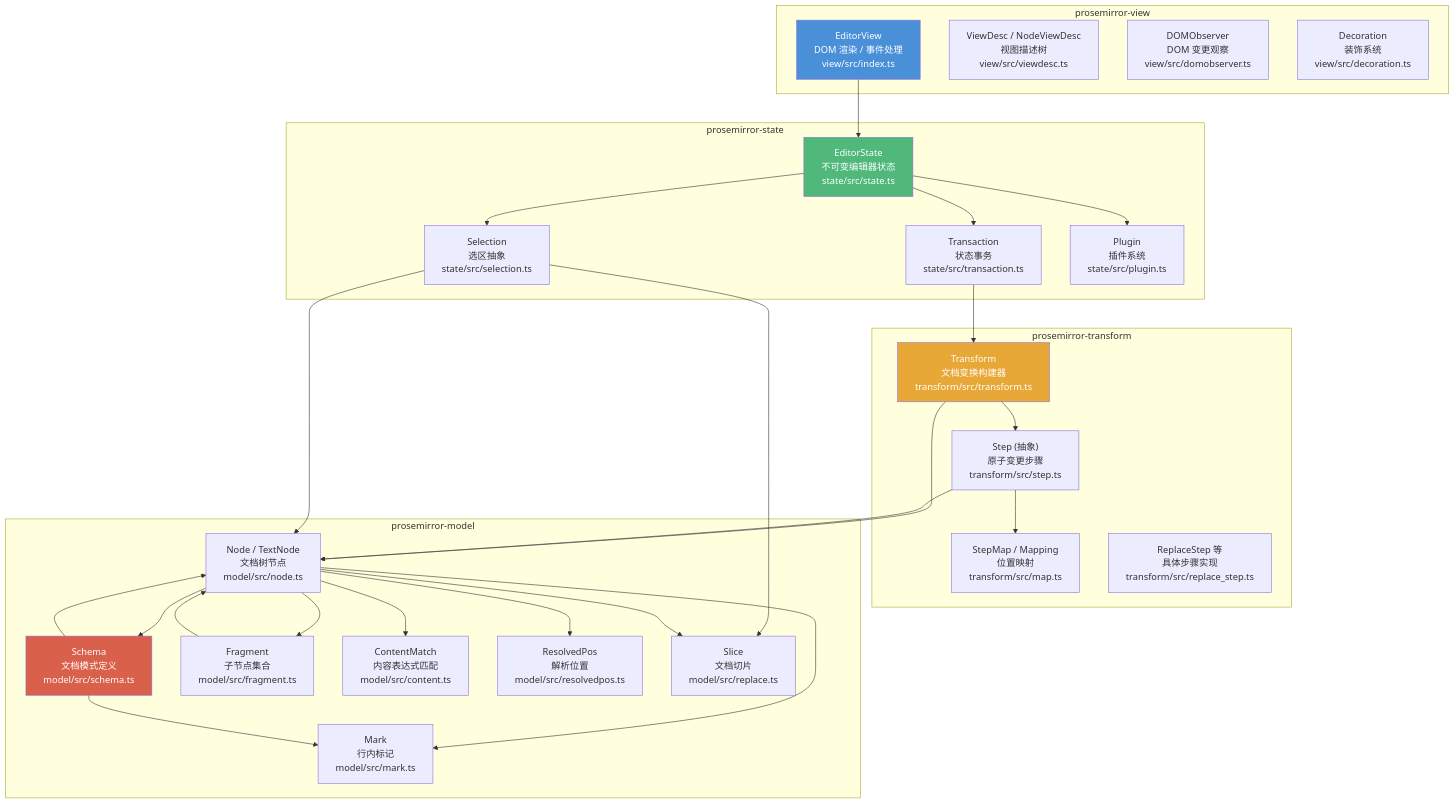
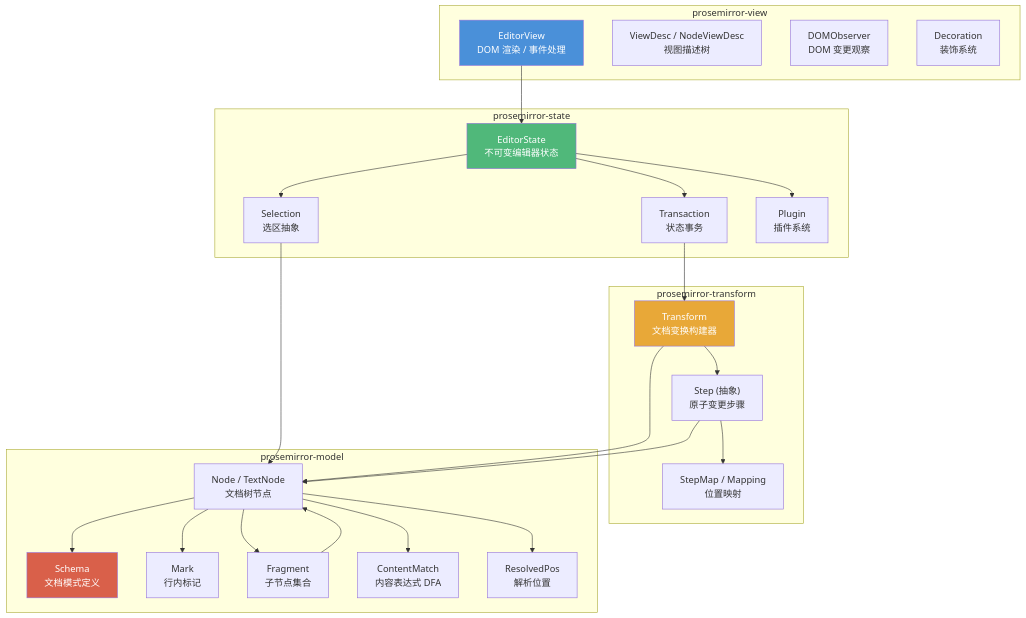
The second of 2 diagrams in README.md (Xiang1218-Yu/xyj-731-4), drawn with Mermaid before and after one commit. The commit also changed other lines of this file and 6 other files, not shown here.

````diff
--- a/README.md
+++ b/README.md
@@ -27,59 +170,53 @@
 ```mermaid
 graph TB
     subgraph "prosemirror-view"
-        EditorView["EditorView<br/>DOM 渲染 / 事件处理<br/>view/src/index.ts"]
-        ViewDesc["ViewDesc / NodeViewDesc<br/>视图描述树<br/>view/src/viewdesc.ts"]
-        DOMObserver["DOMObserver<br/>DOM 变更观察<br/>view/src/domobserver.ts"]
-        Decoration["Decoration<br/>装饰系统<br/>view/src/decoration.ts"]
+        EditorView["EditorView<br/>DOM 渲染 / 事件处理"]
+        ViewDesc["ViewDesc / NodeViewDesc<br/>视图描述树"]
+        DOMObserver["DOMObserver<br/>DOM 变更观察"]
+        Decoration["Decoration<br/>装饰系统"]
     end
 
     subgraph "prosemirror-state"
-        EditorState["EditorState<br/>不可变编辑器状态<br/>state/src/state.ts"]
-        Transaction["Transaction<br/>状态事务<br/>state/src/transaction.ts"]
-        Selection["Selection<br/>选区抽象<br/>state/src/selection.ts"]
-        Plugin["Plugin<br/>插件系统<br/>state/src/plugin.ts"]
+        EditorState["EditorState<br/>不可变编辑器状态"]
+        Transaction["Transaction<br/>状态事务"]
+        Selection["Selection<br/>选区抽象"]
+        Plugin["Plugin<br/>插件系统"]
     end
 
     subgraph "prosemirror-transform"
-        Transform["Transform<br/>文档变换构建器<br/>transform/src/transform.ts"]
-        Step["Step (抽象)<br/>原子变更步骤<br/>transform/src/step.ts"]
-        StepMap["StepMap / Mapping<br/>位置映射<br/>transform/src/map.ts"]
-        ReplaceStep["ReplaceStep 等<br/>具体步骤实现<br/>transform/src/replace_step.ts"]
+        Transform["Transform<br/>文档变换构建器"]
+        Step["Step (抽象)<br/>原子变更步骤"]
+        StepMap["StepMap / Mapping<br/>位置映射"]
     end
 
     subgraph "prosemirror-model"
-        Schema["Schema<br/>文档模式定义<br/>model/src/schema.ts"]
-        Node["Node / TextNode<br/>文档树节点<br/>model/src/node.ts"]
-        Mark["Mark<br/>行内标记<br/>model/src/mark.ts"]
-        Fragment["Fragment<br/>子节点集合<br/>model/src/fragment.ts"]
-        ContentMatch["ContentMatch<br/>内容表达式匹配<br/>model/src/content.ts"]
-        ResolvedPos["ResolvedPos<br/>解析位置<br/>model/src/resolvedpos.ts"]
-        Slice["Slice<br/>文档切片<br/>model/src/replace.ts"]
+        Schema["Schema<br/>文档模式定义"]
+        Node["Node / TextNode<br/>文档树节点"]
+        Mark["Mark<br/>行内标记"]
+        Fragment["Fragment<br/>子节点集合"]
+        ContentMatch["ContentMatch<br/>内容表达式 DFA"]
+        ResolvedPos["ResolvedPos<br/>解析位置"]
     end
 
     EditorView --> EditorState
     EditorState --> Transaction
     Transaction --> Transform
     EditorState --> Selection
     EditorState --> Plugin
     Transform --> Step
     Step --> StepMap
     Transform --> Node
     Step --> Node
     Selection --> Node
-    Selection --> Slice
     Node --> Fragment
     Node --> Mark
     Node --> Schema
     Fragment --> Node
     Node --> ContentMatch
     Node --> ResolvedPos
-    Schema --> Node
-    Schema --> Mark
-    Node --> Slice
 
     style EditorView fill:#4a90d9,color:#fff
     style EditorState fill:#50b87a,color:#fff
     style Transform fill:#e8a838,color:#fff
     style Schema fill:#d9604a,color:#fff
 ```
````
